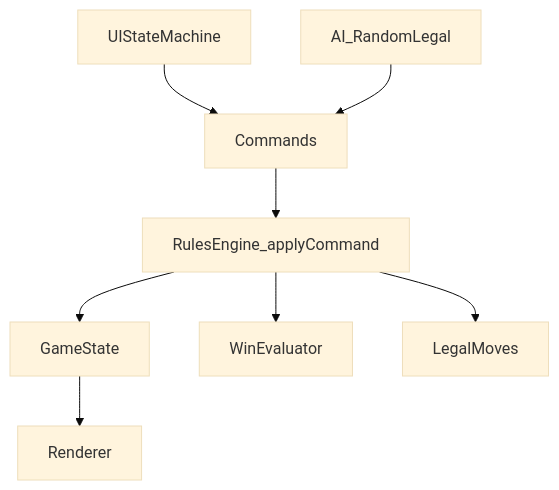
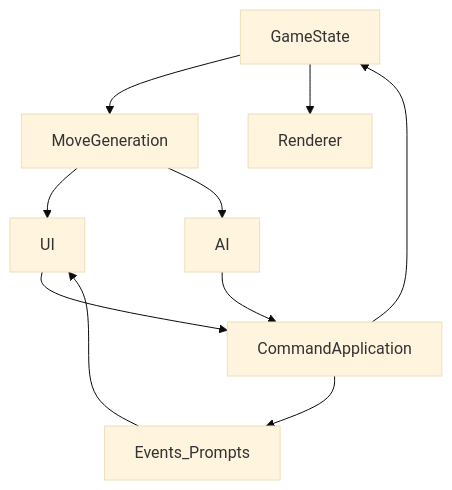
Before and after one commit to haulin/mortgage-crisis: the diagram in docs/plan.md, drawn with Mermaid (base theme). The commit also changed other lines of this file and 48 other files, not shown here.

Commit message:
49 files changed: refactor architecture + docs, add composable AI policies, enforce guardrails via tests

````diff
--- a/docs/plan.md
+++ b/docs/plan.md
@@ -524,10 +512,12 @@
 ```mermaid
 flowchart TD
-  ui[UIStateMachine] --> cmds[Commands]
-  ai[AI_RandomLegal] --> cmds
-  cmds --> rules[RulesEngine_applyCommand]
-  rules --> state[GameState]
+  state[GameState] --> moveGen[MoveGeneration]
+  moveGen --> ui[UI]
+  moveGen --> ai[AI]
+  ui --> cmdApply[CommandApplication]
+  ai --> cmdApply
+  cmdApply --> state
+  cmdApply --> events[Events_Prompts]
+  events --> ui
   state --> render[Renderer]
-  rules --> win[WinEvaluator]
-  rules --> legal[LegalMoves]
 ```
````
